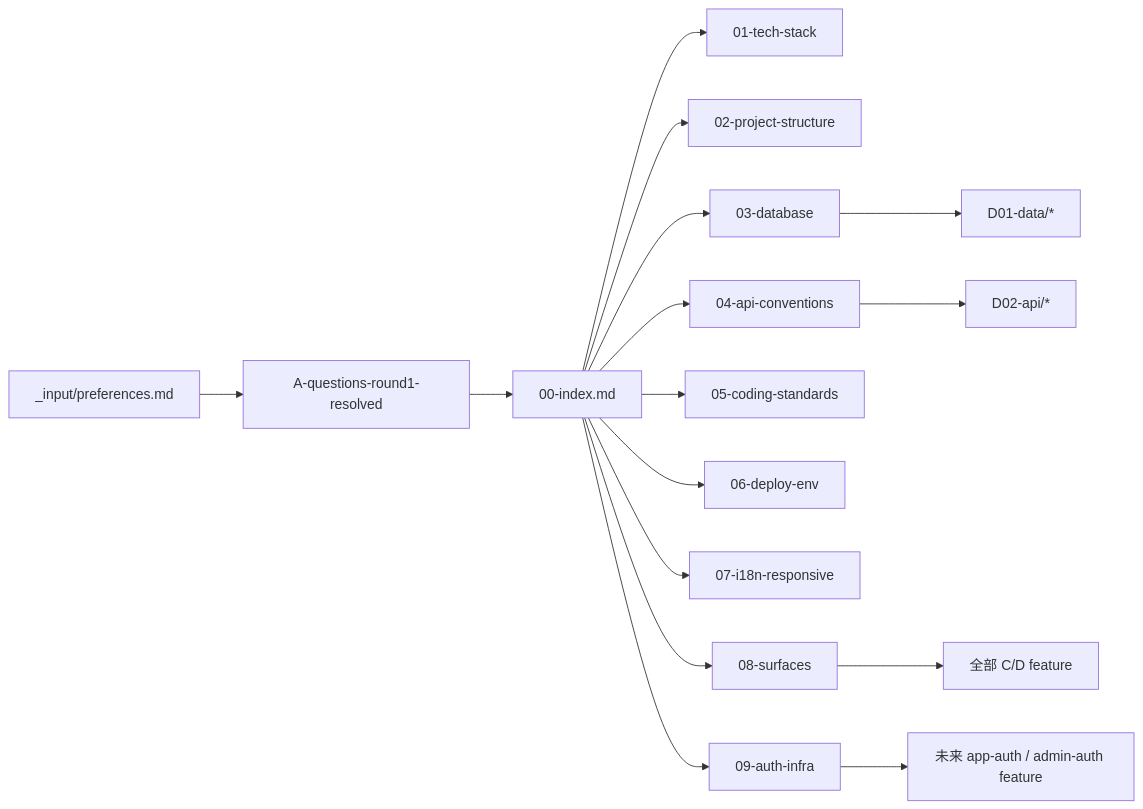
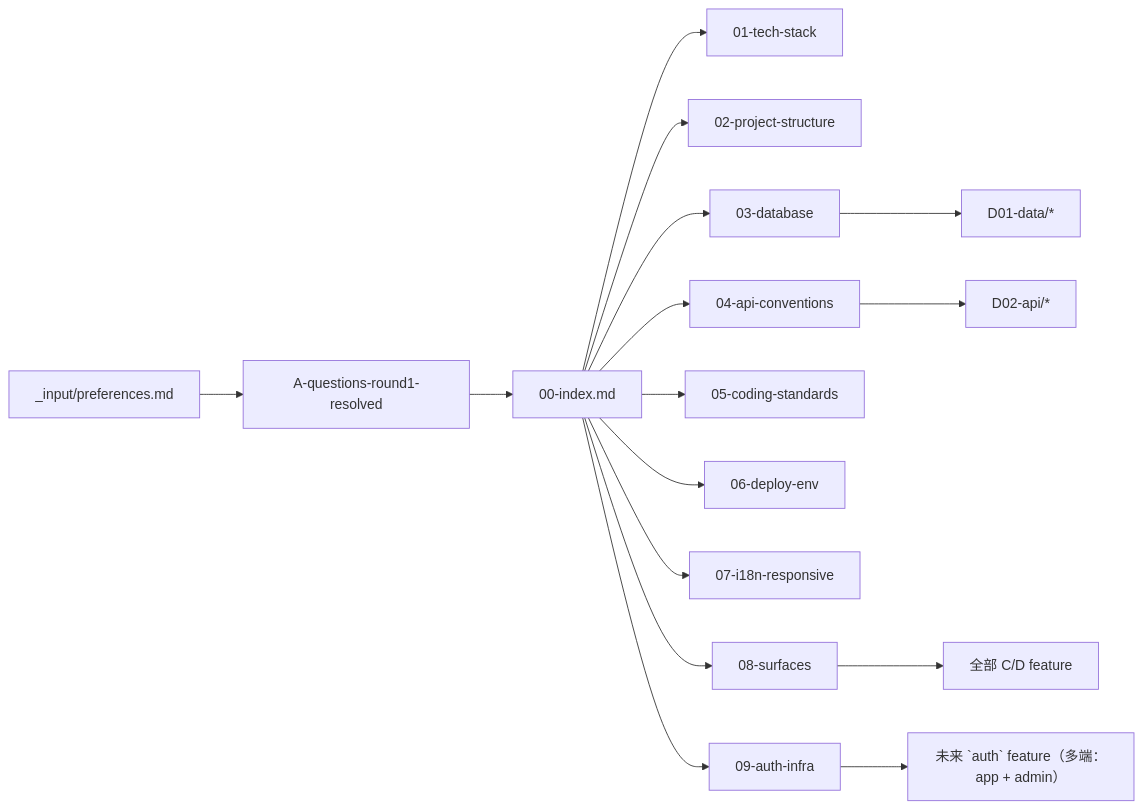
The diagram in docs/B01-architecture/00-index.md (foryou2026/chinese), drawn with Mermaid before and after one commit. The commit also changed other lines of this file and 189 other files, not shown here.

````diff
--- a/docs/B01-architecture/00-index.md
+++ b/docs/B01-architecture/00-index.md
@@ -60,18 +60,18 @@
 ```mermaid
 flowchart LR
   P[_input/preferences.md] --> Q[A-questions-round1-resolved]
   Q --> IDX[00-index.md]
   IDX --> S01[01-tech-stack]
   IDX --> S02[02-project-structure]
   IDX --> S03[03-database]
   IDX --> S04[04-api-conventions]
   IDX --> S05[05-coding-standards]
   IDX --> S06[06-deploy-env]
   IDX --> S07[07-i18n-responsive]
   IDX --> S08[08-surfaces]
   IDX --> S09[09-auth-infra]
   S08 --> CC[全部 C/D feature]
-  S09 --> AUTH[未来 app-auth / admin-auth feature]
+  S09 --> AUTH[未来 `auth` feature（多端：app + admin）]
   S03 --> D01[D01-data/*]
   S04 --> D02[D02-api/*]
 ```
````
